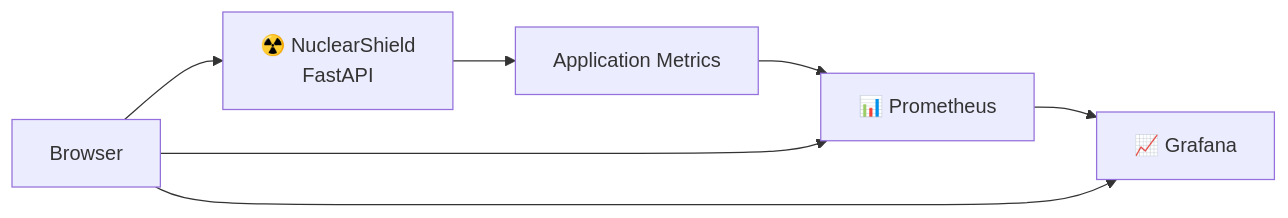
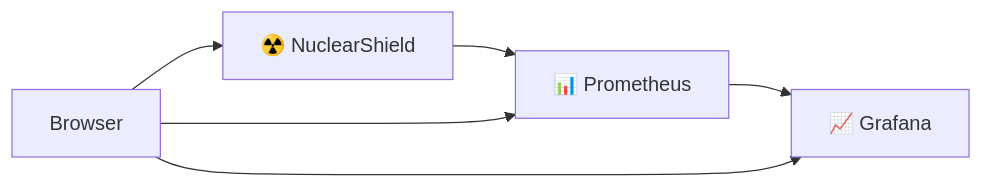
The fifth of 6 diagrams in README.md (ruveeha33/NuclearShield), drawn with Mermaid before and after one commit. The commit also changed other lines of this file, not shown here.

````diff
--- a/README.md
+++ b/README.md
@@ -535,10 +564,9 @@
 ```mermaid
 flowchart LR
-    USER["Browser"] --> NS["☢️ NuclearShield<br/>FastAPI"]
-    NS --> MET["Application Metrics"]
-    MET --> PROM["📊 Prometheus"]
-    PROM --> GRAF["📈 Grafana"]
+    B["Browser"] --> N["☢️ NuclearShield"]
+    N --> P["📊 Prometheus"]
+    P --> G["📈 Grafana"]
 
-    USER --> PROM
-    USER --> GRAF
+    B --> P
+    B --> G
 ```
````
